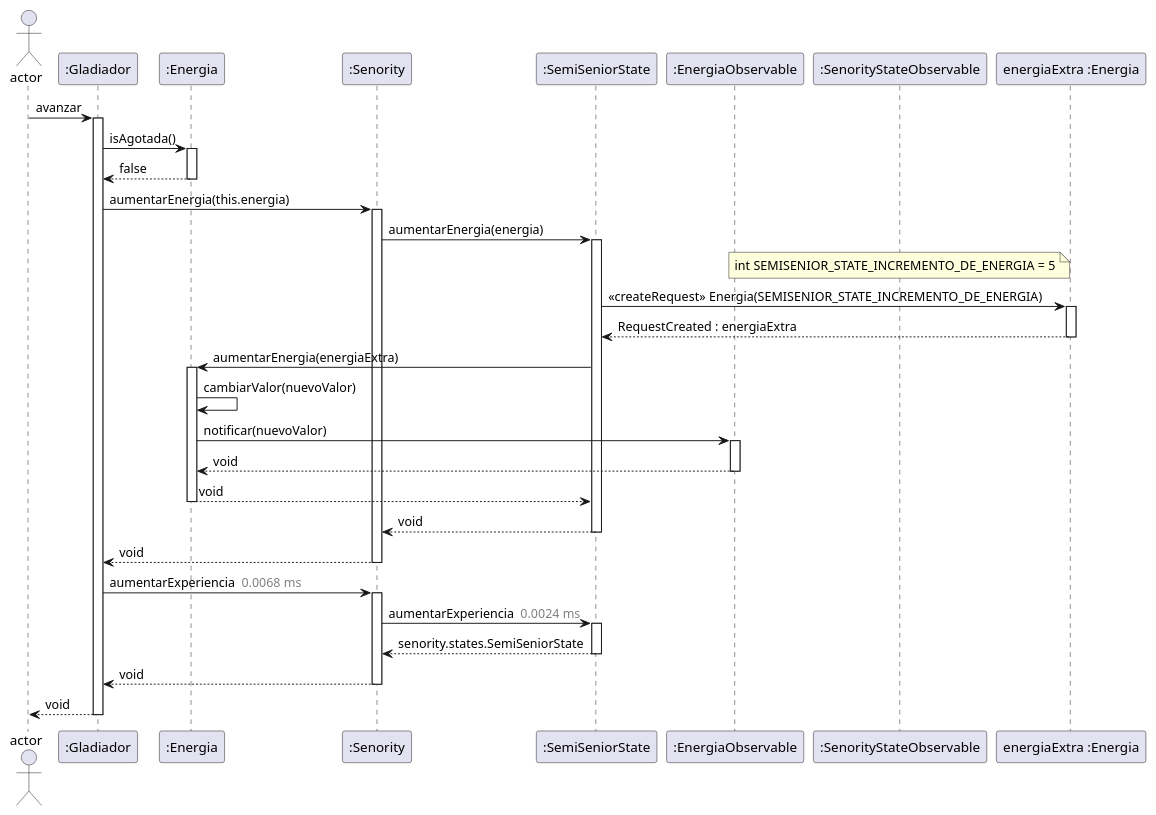
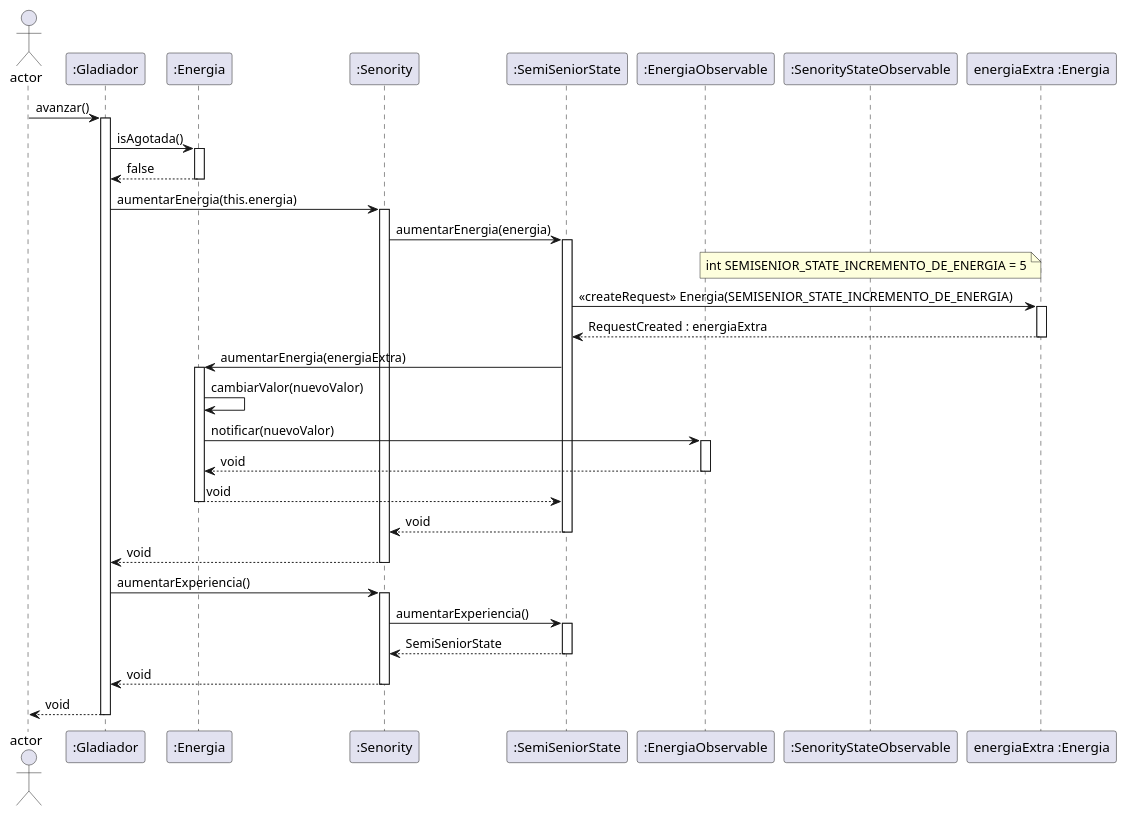
The diagram in diagrams/sequences/AvanzarGladiadorConSenioritySemiSenior_PolimorfimoAlIncrementarEnergiaDeAcuerdoAlSeniority.plantuml (RodriguezNazareno56/FIUBA-Algo3-TP2), drawn with PlantUML before and after one commit. The commit also changed 8 other files, not shown here.

Commit message:
ultimo refactor sobre los diagramas de secuencias (#204)

```diff
--- a/diagrams/sequences/AvanzarGladiadorConSenioritySemiSenior_PolimorfimoAlIncrementarEnergiaDeAcuerdoAlSeniority.plantuml
+++ b/diagrams/sequences/AvanzarGladiadorConSenioritySemiSenior_PolimorfimoAlIncrementarEnergiaDeAcuerdoAlSeniority.plantuml
@@ -1,51 +1,51 @@
 @startuml
 actor Actor as "actor"
 participant Gladiador as ":Gladiador"
 participant Energia as ":Energia"
 participant Senority as ":Senority"
 participant SemiSeniorState as ":SemiSeniorState"
 participant ObservableEnergia as ":EnergiaObservable"
 participant ObservableSenorityState as ":SenorityStateObservable"
 
 participant EnergiaExtra as "energiaExtra :Energia"
 
-    Actor->Gladiador: avanzar
+    Actor->Gladiador: avanzar()
         activate Gladiador
           Gladiador->Energia: isAgotada()
           activate Energia
           Gladiador<--Energia: false
           deactivate Energia
           Gladiador->Senority: aumentarEnergia(this.energia)
           activate Senority
             Senority->SemiSeniorState: aumentarEnergia(energia)
             activate SemiSeniorState
             note over ObservableSenorityState : int SEMISENIOR_STATE_INCREMENTO_DE_ENERGIA = 5
             SemiSeniorState->EnergiaExtra: << createRequest >> Energia(SEMISENIOR_STATE_INCREMENTO_DE_ENERGIA)
             activate EnergiaExtra
             EnergiaExtra-->SemiSeniorState: RequestCreated : energiaExtra
             deactivate EnergiaExtra
               SemiSeniorState->Energia: aumentarEnergia(energiaExtra)
               activate Energia
               Energia->Energia: cambiarValor(nuevoValor)
                 Energia->ObservableEnergia: notificar(nuevoValor)
                 activate ObservableEnergia
                 Energia<--ObservableEnergia: void
                 deactivate ObservableEnergia
               SemiSeniorState<--Energia: void
               deactivate Energia
             Senority<--SemiSeniorState: void
             deactivate SemiSeniorState
           Gladiador<--Senority: void
           deactivate Senority
-      Gladiador->Senority: aumentarExperiencia <color:gray> 0.0068 ms</color>
+      Gladiador->Senority: aumentarExperiencia()
       activate Senority
-        Senority->SemiSeniorState: aumentarExperiencia <color:gray> 0.0024 ms</color>
+        Senority->SemiSeniorState: aumentarExperiencia()
         activate SemiSeniorState
-        Senority<--SemiSeniorState: senority.states.SemiSeniorState
+        Senority<--SemiSeniorState: SemiSeniorState
         deactivate SemiSeniorState
       Gladiador<--Senority: void
       deactivate Senority
     Actor<--Gladiador: void
     deactivate Gladiador
   deactivate Actor
 @enduml
```
